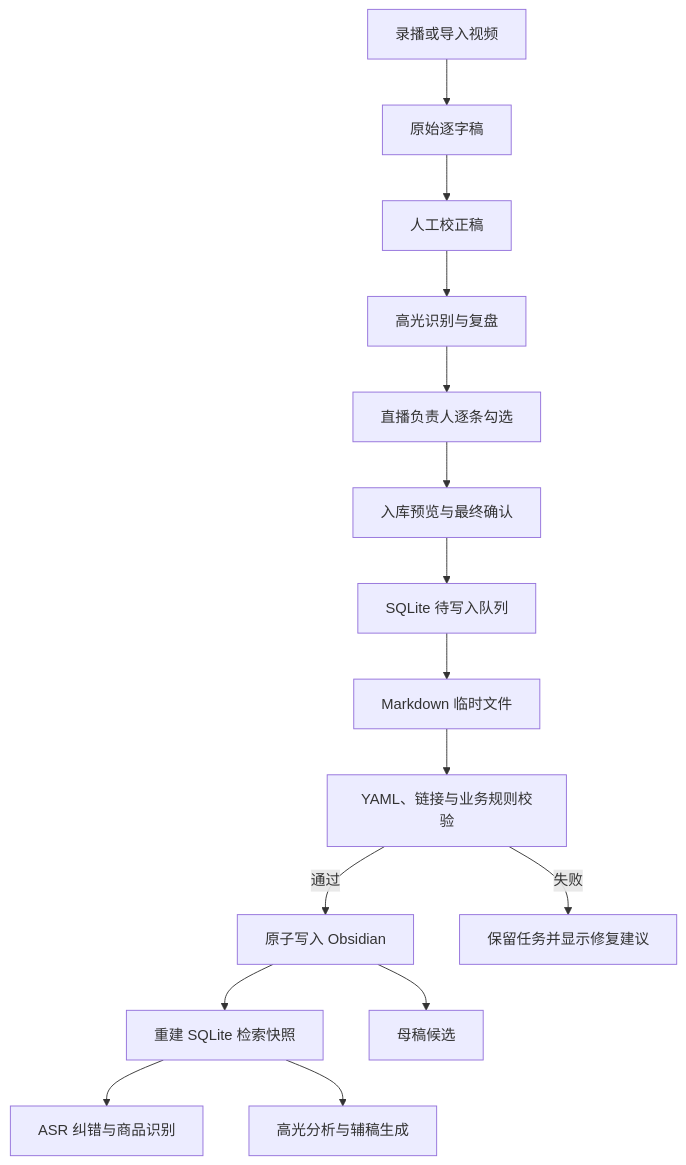
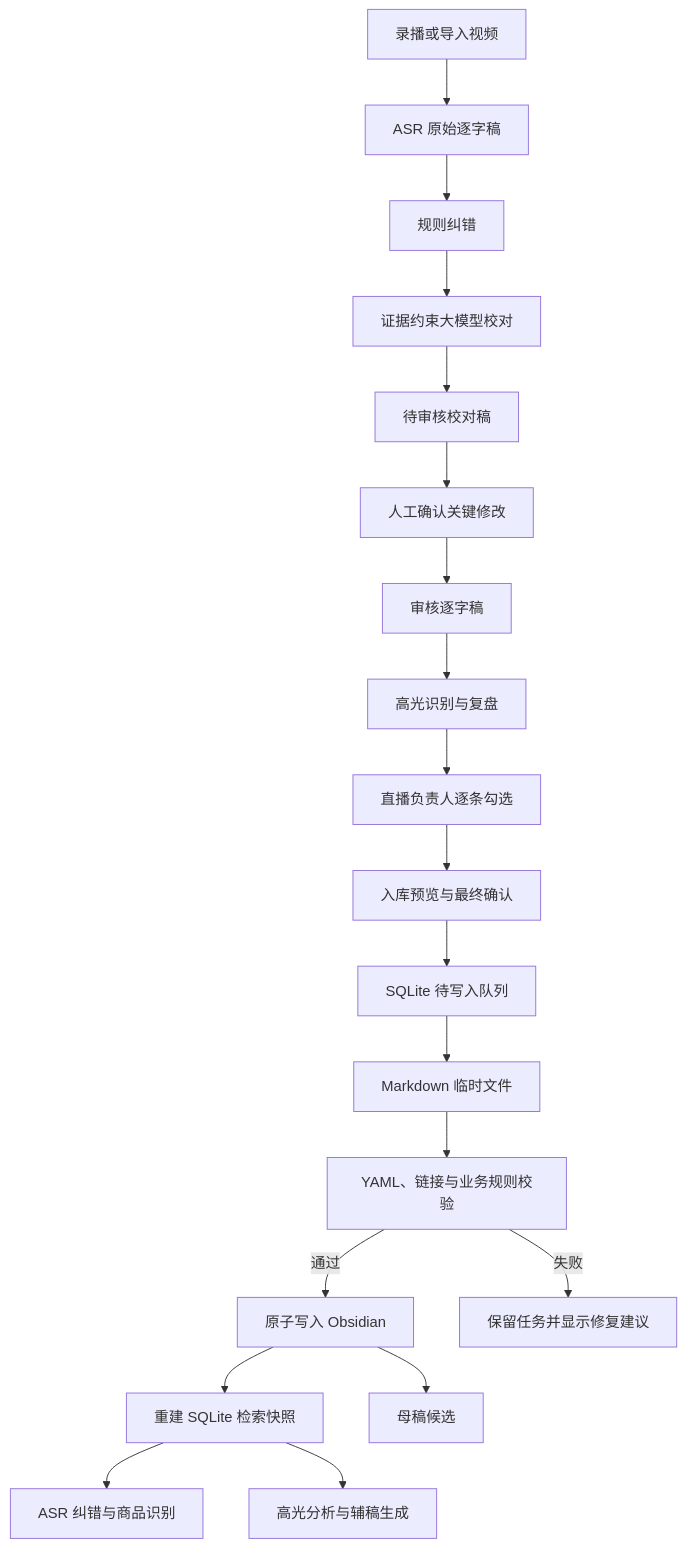
One commit to 25-svg/diandian changed the diagram in docs/superpowers/specs/2026-07-22-obsidian-controlled-knowledge-integration-design.md. Above: the diagram before and after it, drawn with Mermaid. The commit also changed other lines of this file, not shown here.

````diff
--- a/docs/superpowers/specs/2026-07-22-obsidian-controlled-knowledge-integration-design.md
+++ b/docs/superpowers/specs/2026-07-22-obsidian-controlled-knowledge-integration-design.md
@@ -41,17 +41,21 @@
 ```mermaid
 flowchart TD
-    A[录播或导入视频] --> B[原始逐字稿]
-    B --> C[人工校正稿]
-    C --> D[高光识别与复盘]
+    A[录播或导入视频] --> B[ASR 原始逐字稿]
+    B --> C[规则纠错]
+    C --> C1[证据约束大模型校对]
+    C1 --> C2[待审核校对稿]
+    C2 --> C3[人工确认关键修改]
+    C3 --> C4[审核逐字稿]
+    C4 --> D[高光识别与复盘]
     D --> E[直播负责人逐条勾选]
     E --> F[入库预览与最终确认]
     F --> G[SQLite 待写入队列]
     G --> H[Markdown 临时文件]
     H --> I[YAML、链接与业务规则校验]
     I -->|通过| J[原子写入 Obsidian]
     I -->|失败| K[保留任务并显示修复建议]
     J --> L[重建 SQLite 检索快照]
     L --> M[ASR 纠错与商品识别]
     L --> N[高光分析与辅稿生成]
     J --> O[母稿候选]
 ```
````
